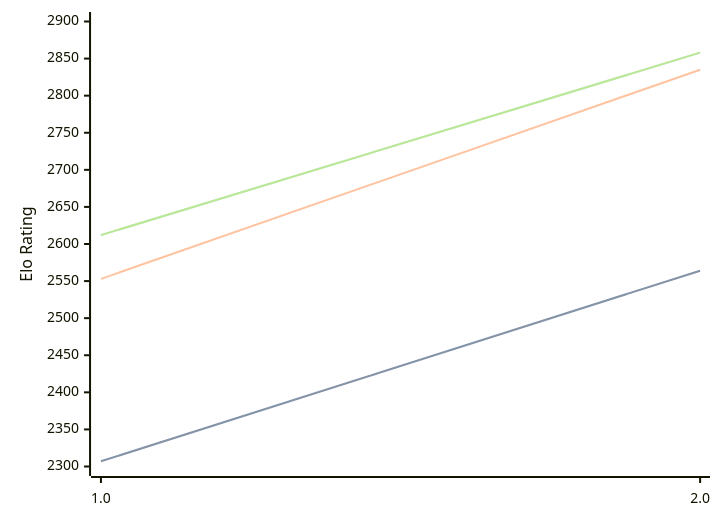
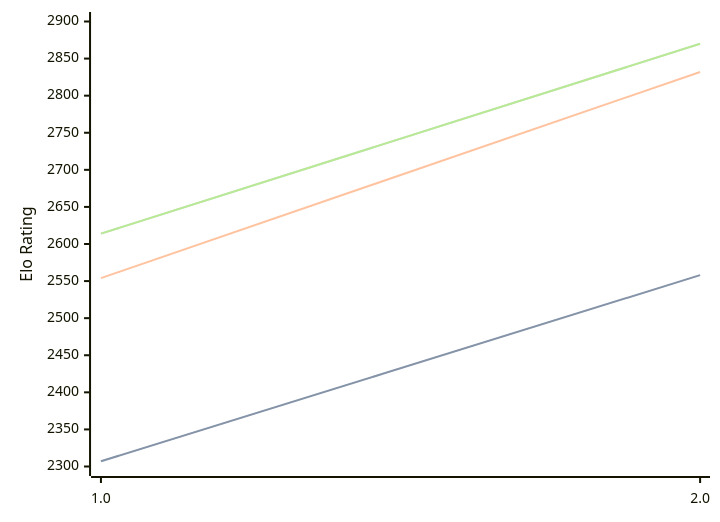
The diagram in engines/Revolver.md (computer-chess-index/cci), drawn with Mermaid before and after one commit. The commit also changed other lines of this file, not shown here.

Commit message:
Update CCI Ratings (ELO VLTC) - 2026-05-06

````diff
--- a/engines/Revolver.md
+++ b/engines/Revolver.md
@@ -32,11 +32,11 @@
 ```mermaid
 %%{init: {"theme":"base","themeVariables":{"seriesColors:['#a3a3a3','#222221','#faa371']}}}%%
 xychart-beta
   x-axis ["1.0", "2.0"]
   y-axis "Elo Rating" 2300 --> 2900
-  line "STC (8.0+0.08s)" [2307, 2564]
-  line "STC (8.0+0.08s)" [2307, 2564]
-  line "LTC (60.0+0.60s)" [2553, 2835]
-  line "VLTC (2m24s+1.12s)" [2612, 2858]
-  line "VLTC (2m24s+1.12s)" [2612, 2858]
+  line "STC (8.0+0.08s)" [2307, 2558]
+  line "STC (8.0+0.08s)" [2307, 2558]
+  line "LTC (60.0+0.60s)" [2554, 2832]
+  line "VLTC (2m24s+1.12s)" [2614, 2870]
+  line "VLTC (2m24s+1.12s)" [2614, 2870]
 ```
````
